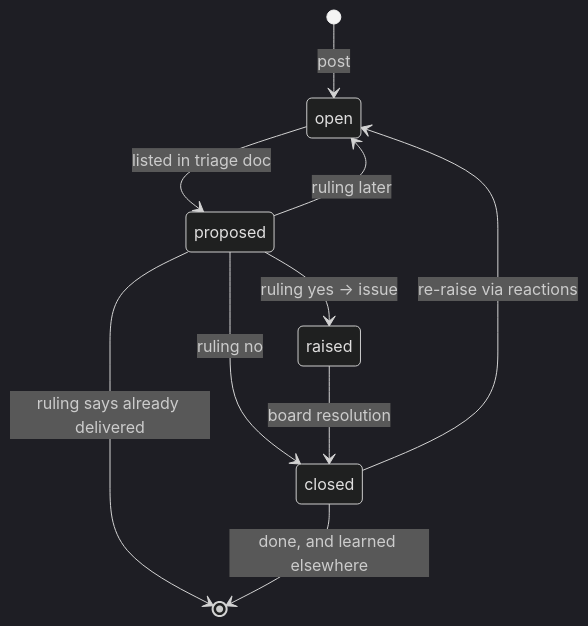
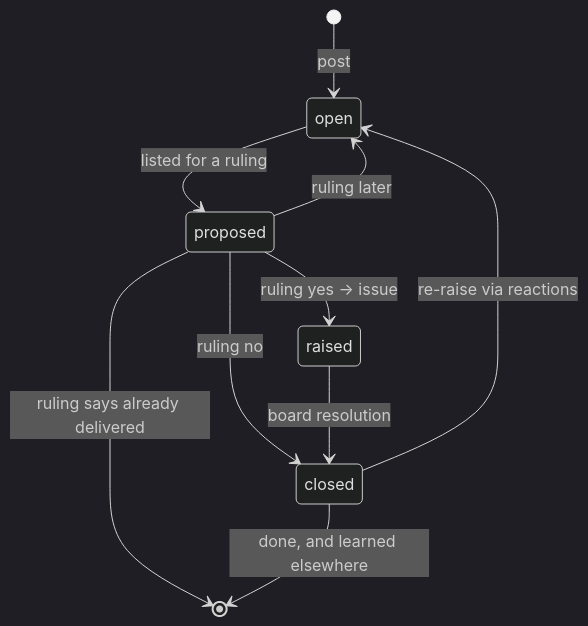
One commit to pvginkel/FieldnotesApp changed the second of 2 diagrams in docs/design.md. Above: the diagram before and after it, drawn with Mermaid (dark theme). The commit also changed other lines of this file and 5 other files, not shown here.

````diff
--- a/docs/design.md
+++ b/docs/design.md
@@ -325,12 +339,12 @@
 ```mermaid
 stateDiagram-v2
   [*] --> open: post
-  open --> proposed: listed in triage doc
+  open --> proposed: listed for a ruling
   proposed --> raised: ruling yes → issue
   proposed --> closed: ruling no
   proposed --> open: ruling later
   proposed --> [*]: ruling says already delivered
   raised --> closed: board resolution
   closed --> open: re-raise via reactions
   closed --> [*]: done, and learned elsewhere
 ```
````
